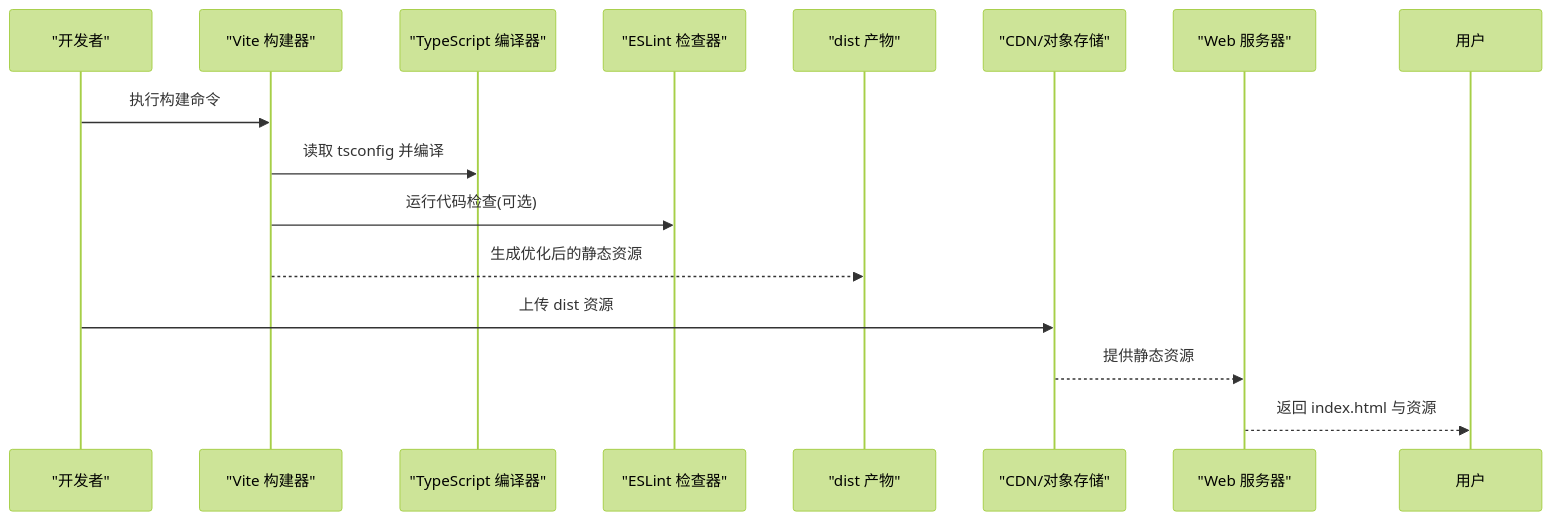
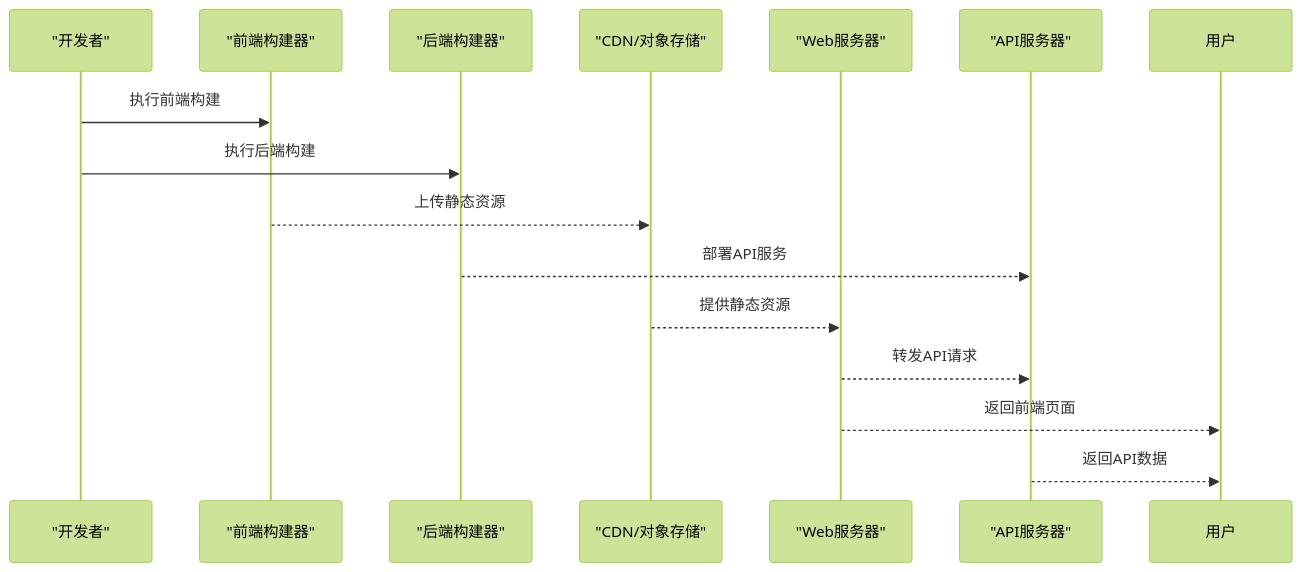
Before and after one commit to Maki3991/study-PactLedger: the second of 3 diagrams in .qoder/repowiki/zh/content/构建与部署.md, drawn with Mermaid (forest theme). The commit also changed other lines of this file and 24 other files, not shown here.

````diff
--- a/.qoder/repowiki/zh/content/构建与部署.md
+++ b/.qoder/repowiki/zh/content/构建与部署.md
@@ -94,17 +104,17 @@
 ```mermaid
 sequenceDiagram
 participant Dev as "开发者"
-participant Vite as "Vite 构建器"
-participant TS as "TypeScript 编译器"
-participant ESL as "ESLint 检查器"
-participant Out as "dist 产物"
+participant WebBuild as "前端构建器"
+participant ServerBuild as "后端构建器"
 participant CDN as "CDN/对象存储"
-participant Srv as "Web 服务器"
-Dev->>Vite : 执行构建命令
-Vite->>TS : 读取 tsconfig 并编译
-Vite->>ESL : 运行代码检查(可选)
-Vite-->>Out : 生成优化后的静态资源
-Dev->>CDN : 上传 dist 资源
-CDN-->>Srv : 提供静态资源
-Srv-->>用户 : 返回 index.html 与资源
+participant WebServer as "Web服务器"
+participant APIServer as "API服务器"
+Dev->>WebBuild : 执行前端构建
+Dev->>ServerBuild : 执行后端构建
+WebBuild-->>CDN : 上传静态资源
+ServerBuild-->>APIServer : 部署API服务
+CDN-->>WebServer : 提供静态资源
+WebServer-->>APIServer : 转发API请求
+WebServer-->>用户 : 返回前端页面
+APIServer-->>用户 : 返回API数据
 ```
````
